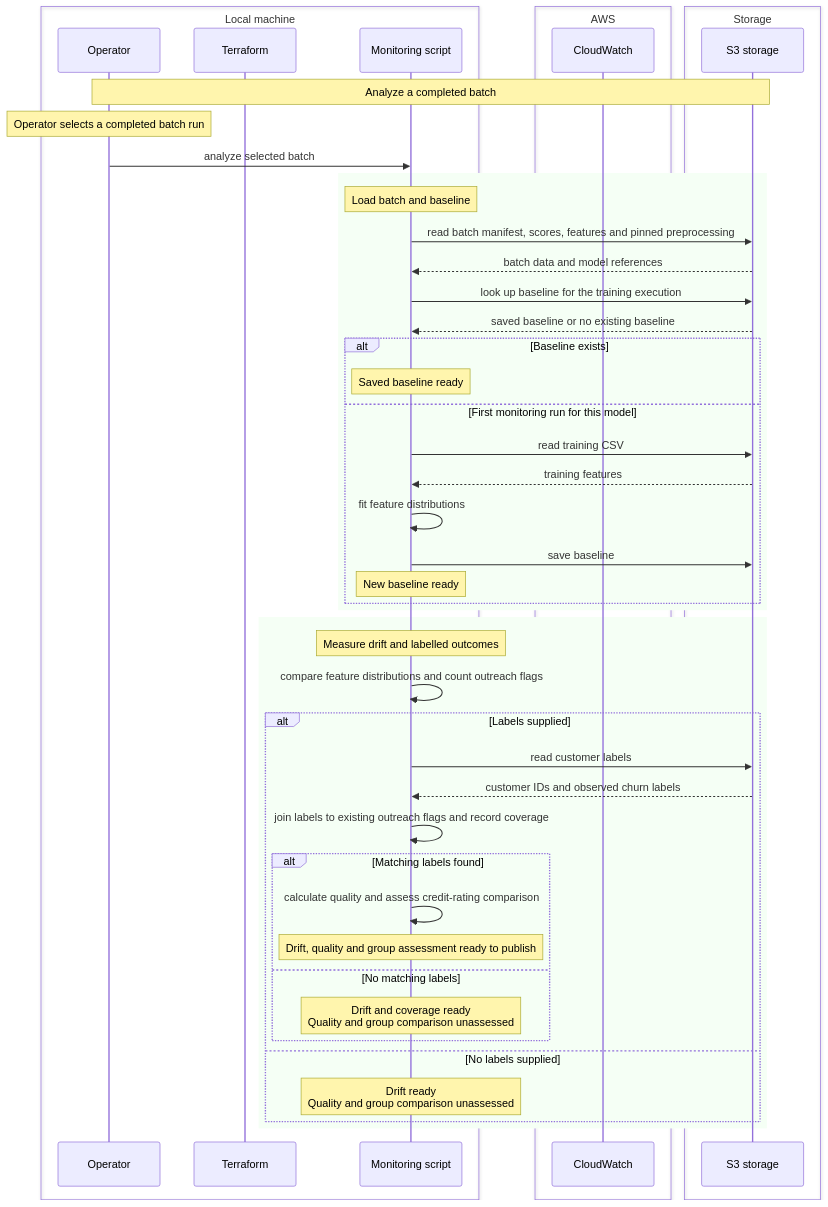
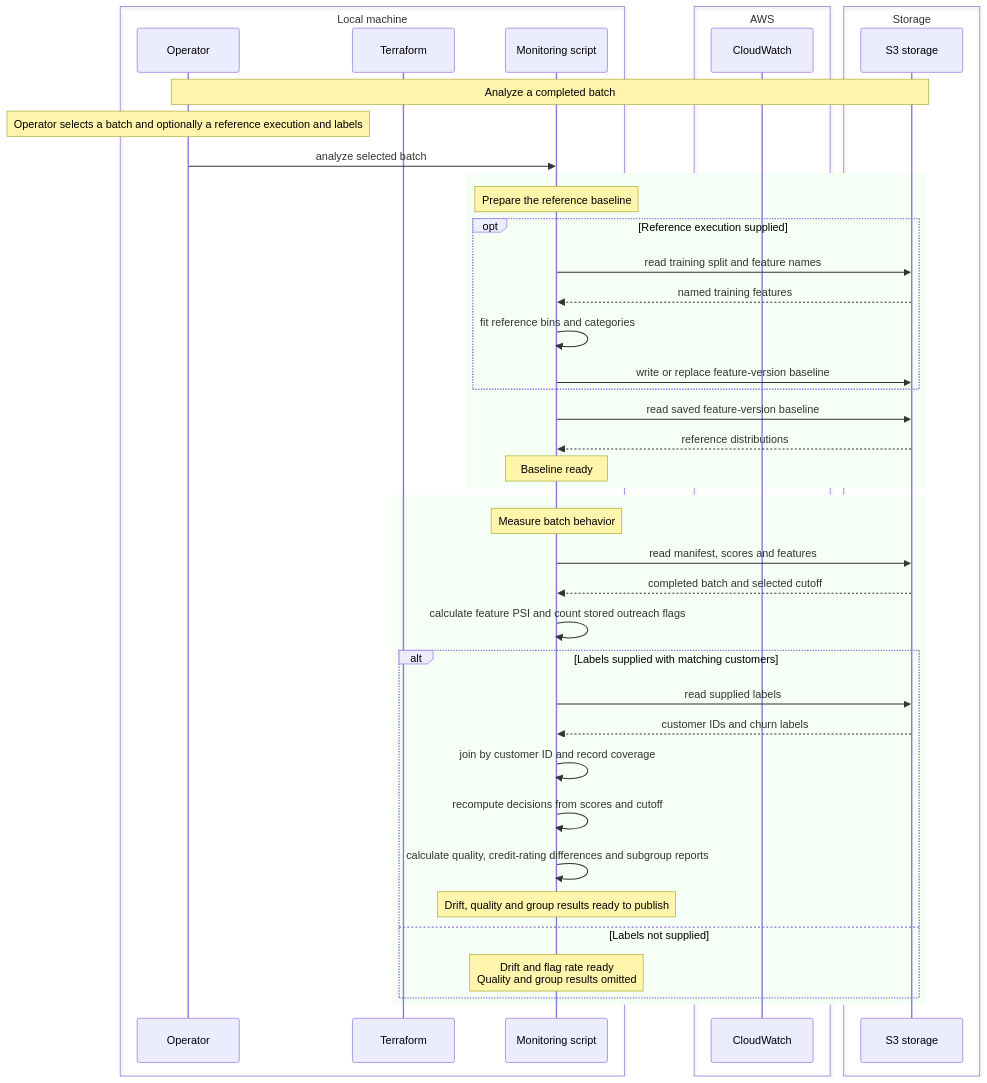
One commit to MaximeBoulat/customer-churn-pipeline changed the diagram in Documentation/Pipeline/Children/Monitoring/Resources/SequenceDiagram_Action_2.md. Above: the diagram before and after it, drawn with Mermaid. The commit also changed 12 other files, not shown here.

````diff
--- a/Documentation/Pipeline/Children/Monitoring/Resources/SequenceDiagram_Action_2.md
+++ b/Documentation/Pipeline/Children/Monitoring/Resources/SequenceDiagram_Action_2.md
@@ -1,50 +1,45 @@
 ```mermaid
 sequenceDiagram
     box Local machine
         participant Operator
         participant Terraform
         participant Monitor as Monitoring script
     end
     box AWS
         participant CW as CloudWatch
     end
-    box Storage 
+    box Storage
         participant S3 as S3 storage
     end
     Note over Operator,S3: Analyze a completed batch
-    Note over Operator: Operator selects a completed batch run
+    Note over Operator: Operator selects a batch and optionally a reference execution and labels
     Operator->>Monitor: analyze selected batch
     rect rgb(245, 255, 245)
-        Note over Monitor: Load batch and baseline
-        Monitor->>S3: read batch manifest, scores, features and pinned preprocessing
-        S3-->>Monitor: batch data and model references
-        Monitor->>S3: look up baseline for the training execution
-        S3-->>Monitor: saved baseline or no existing baseline
-        alt Baseline exists
-            Note over Monitor: Saved baseline ready
-        else First monitoring run for this model
-            Monitor->>S3: read training CSV
-            S3-->>Monitor: training features
-            Monitor->>Monitor: fit feature distributions
-            Monitor->>S3: save baseline
-            Note over Monitor: New baseline ready
+        Note over Monitor: Prepare the reference baseline
+        opt Reference execution supplied
+            Monitor->>S3: read training split and feature names
+            S3-->>Monitor: named training features
+            Monitor->>Monitor: fit reference bins and categories
+            Monitor->>S3: write or replace feature-version baseline
         end
+        Monitor->>S3: read saved feature-version baseline
+        S3-->>Monitor: reference distributions
+        Note over Monitor: Baseline ready
     end
     rect rgb(245, 255, 245)
-        Note over Monitor: Measure drift and labelled outcomes
-        Monitor->>Monitor: compare feature distributions and count outreach flags
-        alt Labels supplied
-            Monitor->>S3: read customer labels
-            S3-->>Monitor: customer IDs and observed churn labels
-            Monitor->>Monitor: join labels to existing outreach flags and record coverage
-            alt Matching labels found
-                Monitor->>Monitor: calculate quality and assess credit-rating comparison
-                Note over Monitor: Drift, quality and group assessment ready to publish
-            else No matching labels
-                Note over Monitor: Drift and coverage ready<br/>Quality and group comparison unassessed
-            end
-        else No labels supplied
-            Note over Monitor: Drift ready<br/>Quality and group comparison unassessed
+        Note over Monitor: Measure batch behavior
+        Monitor->>S3: read manifest, scores and features
+        S3-->>Monitor: completed batch and selected cutoff
+        Monitor->>Monitor: calculate feature PSI and count stored outreach flags
+        alt Labels supplied with matching customers
+            Monitor->>S3: read supplied labels
+            S3-->>Monitor: customer IDs and churn labels
+            Monitor->>Monitor: join by customer ID and record coverage
+            Monitor->>Monitor: recompute decisions from scores and cutoff
+            Monitor->>Monitor: calculate quality, credit-rating differences and subgroup reports
+            Note over Monitor: Drift, quality and group results ready to publish
+        else Labels not supplied
+            Note over Monitor: Drift and flag rate ready<br/>Quality and group results omitted
         end
     end
 ```
````
